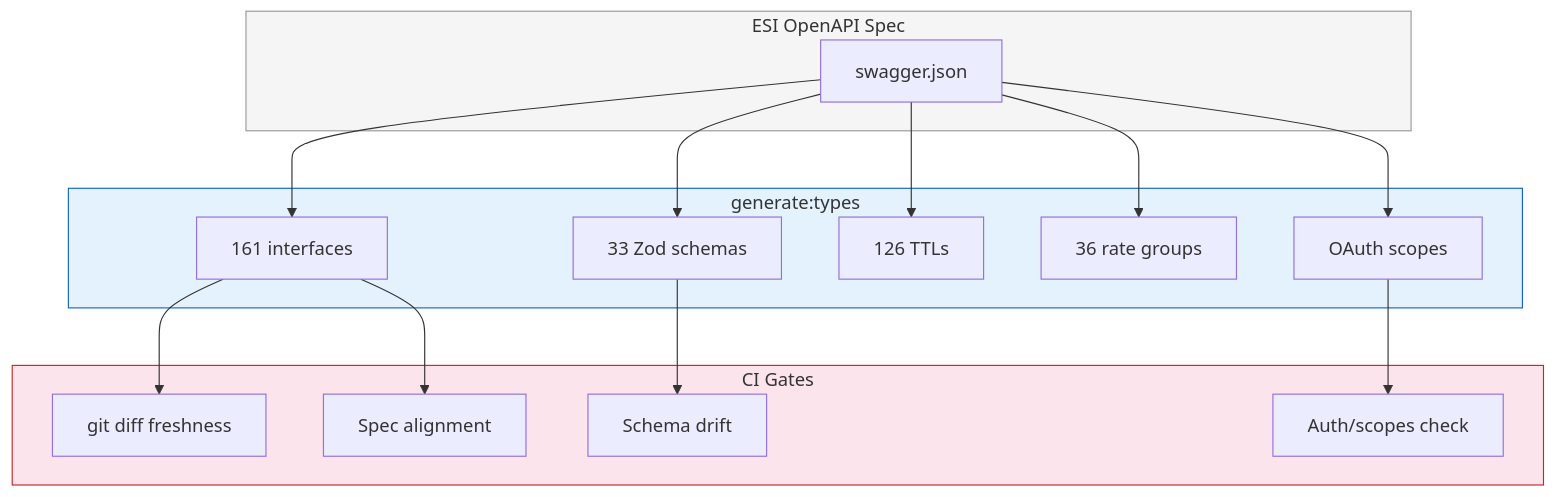
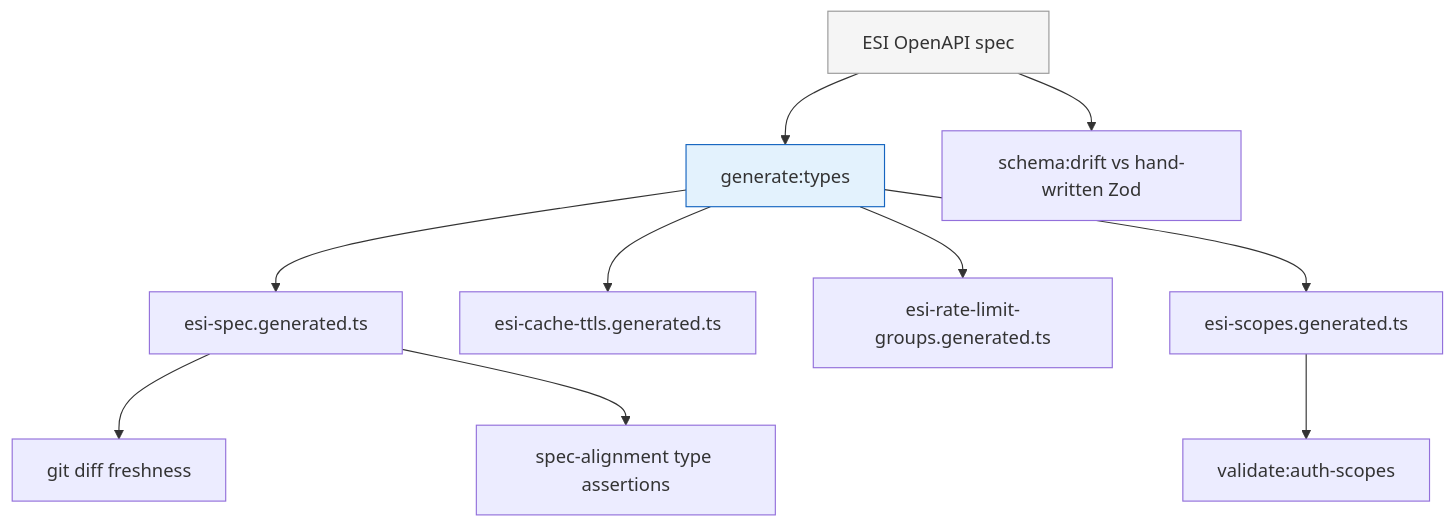
Diagram 14 of 14 in guides/ARCHITECTURE.md (lgriffin/ESI.ts), drawn with Mermaid before and after one commit. The commit also changed other lines of this file and 17 other files, not shown here.

First line of the commit message:
docs(guides): write the charter guides and retire docs/

````diff
--- a/guides/ARCHITECTURE.md
+++ b/guides/ARCHITECTURE.md
@@ -1003,31 +978,16 @@
 ```mermaid
 flowchart TB
-    subgraph Source ["ESI OpenAPI Spec"]
-        spec["swagger.json"]
-    end
+    spec["ESI OpenAPI spec"] --> gen["generate:types"]
+    gen --> types["esi-spec.generated.ts"]
+    gen --> ttls["esi-cache-ttls.generated.ts"]
+    gen --> rates["esi-rate-limit-groups.generated.ts"]
+    gen --> scopes["esi-scopes.generated.ts"]
 
-    subgraph Gen ["generate:types"]
-        types["161 interfaces"]
-        schemas["33 Zod schemas"]
-        ttls["126 TTLs"]
-        rates["36 rate groups"]
-        scopes["OAuth scopes"]
-    end
+    types --> fresh["git diff freshness"]
+    types --> align["spec-alignment type assertions"]
+    scopes --> auth["validate:auth-scopes"]
+    spec --> drift["schema:drift vs hand-written Zod"]
 
-    subgraph Gates ["CI Gates"]
-        fresh["git diff freshness"]
-        auth["Auth/scopes check"]
-        align["Spec alignment"]
-        drift["Schema drift"]
-    end
-
-    spec --> types & schemas & ttls & rates & scopes
-    types --> fresh
-    scopes --> auth
-    types --> align
-    schemas --> drift
-
-    style Source fill:#f5f5f5,stroke:#999
-    style Gen fill:#e3f2fd,stroke:#1565c0
-    style Gates fill:#fce4ec,stroke:#c62828
+    style spec fill:#f5f5f5,stroke:#999
+    style gen fill:#e3f2fd,stroke:#1565c0
 ```
````
